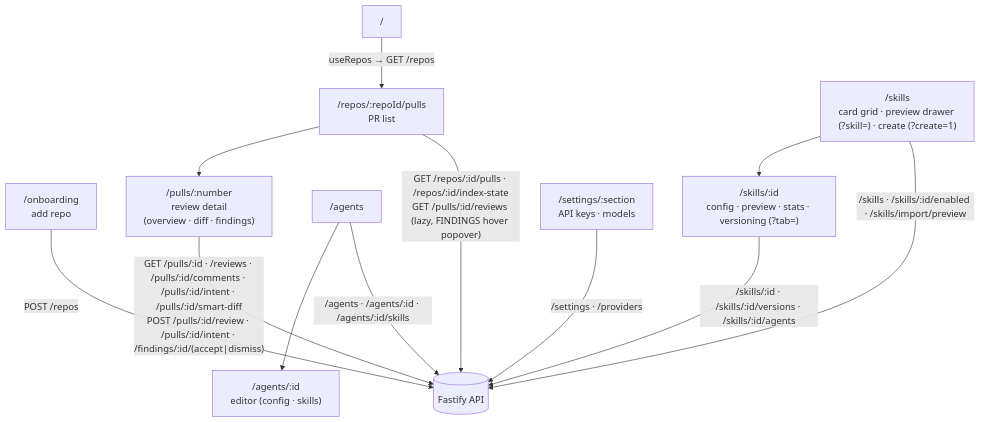
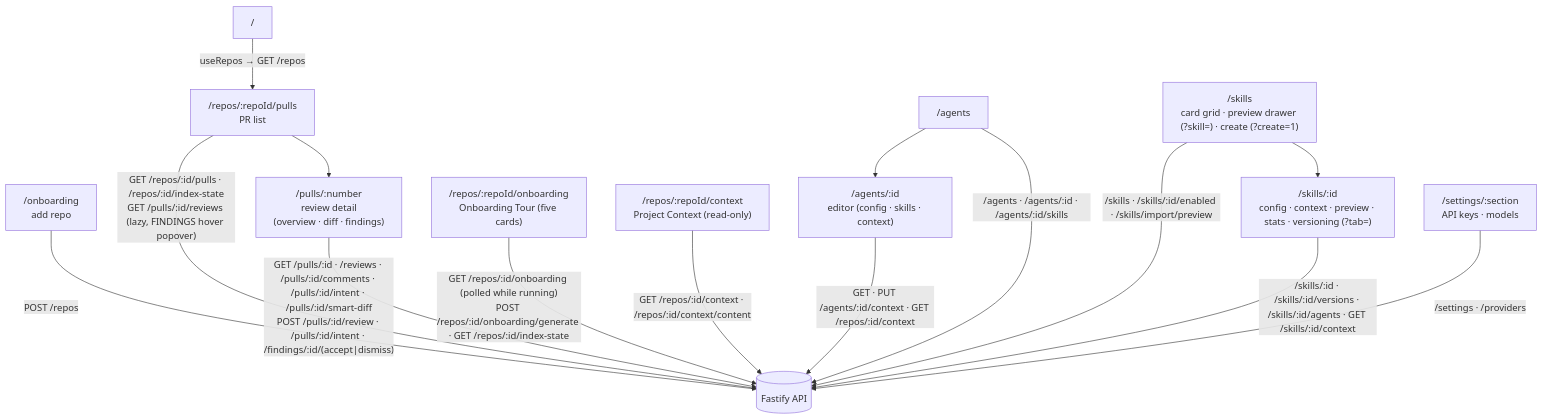
One commit to artemmmon/dev-digest changed the diagram in client/README.md. Above: the diagram before and after it, drawn with Mermaid. The commit also changed other lines of this file and 184 other files, not shown here.

First line of the commit message:
feat: onboarding tour (SPEC-11) and project context (SPEC-10) (#18)

````diff
--- a/client/README.md
+++ b/client/README.md
@@ -23,17 +23,22 @@
 ```mermaid
 flowchart TD
   ROOT["/"] -->|"useRepos → GET /repos"| PULLS["/repos/:repoId/pulls<br/>PR list"]
   ONB["/onboarding<br/>add repo"] -->|"POST /repos"| API[("Fastify API")]
   PULLS --> PR["/pulls/:number<br/>review detail<br/>(overview · diff · findings)"]
 
-  AGENTS["/agents"] --> AGENT["/agents/:id<br/>editor (config · skills)"]
-  SKILLS["/skills<br/>card grid · preview drawer (?skill=) · create (?create=1)"] --> SKILL["/skills/:id<br/>config · preview · stats · versioning (?tab=)"]
+  CTX["/repos/:repoId/context<br/>Project Context (read-only)"]
+  TOUR["/repos/:repoId/onboarding<br/>Onboarding Tour (five cards)"]
+  AGENTS["/agents"] --> AGENT["/agents/:id<br/>editor (config · skills · context)"]
+  SKILLS["/skills<br/>card grid · preview drawer (?skill=) · create (?create=1)"] --> SKILL["/skills/:id<br/>config · context · preview · stats · versioning (?tab=)"]
   SETTINGS["/settings/:section<br/>API keys · models"]
 
   PULLS -->|"GET /repos/:id/pulls · /repos/:id/index-state<br/>GET /pulls/:id/reviews (lazy, FINDINGS hover popover)"| API
   PR -->|"GET /pulls/:id · /reviews · /pulls/:id/comments · /pulls/:id/intent · /pulls/:id/smart-diff<br/>POST /pulls/:id/review · /pulls/:id/intent · /findings/:id/(accept|dismiss)"| API
+  TOUR -->|"GET /repos/:id/onboarding (polled while running)<br/>POST /repos/:id/onboarding/generate · GET /repos/:id/index-state"| API
+  CTX -->|"GET /repos/:id/context · /repos/:id/context/content"| API
+  AGENT -->|"GET · PUT /agents/:id/context · GET /repos/:id/context"| API
   AGENTS -->|"/agents · /agents/:id · /agents/:id/skills"| API
   SKILLS -->|"/skills · /skills/:id/enabled · /skills/import/preview"| API
-  SKILL -->|"/skills/:id · /skills/:id/versions · /skills/:id/agents"| API
+  SKILL -->|"/skills/:id · /skills/:id/versions · /skills/:id/agents · GET /skills/:id/context"| API
   SETTINGS -->|"/settings · /providers"| API
 ```
````
